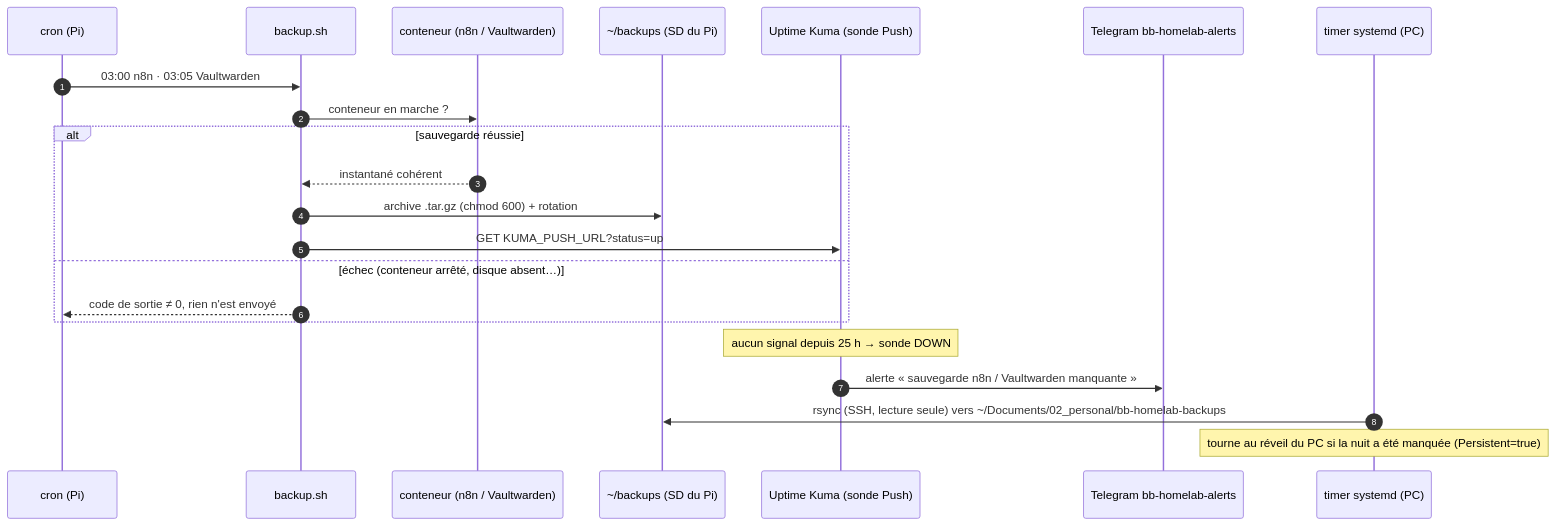
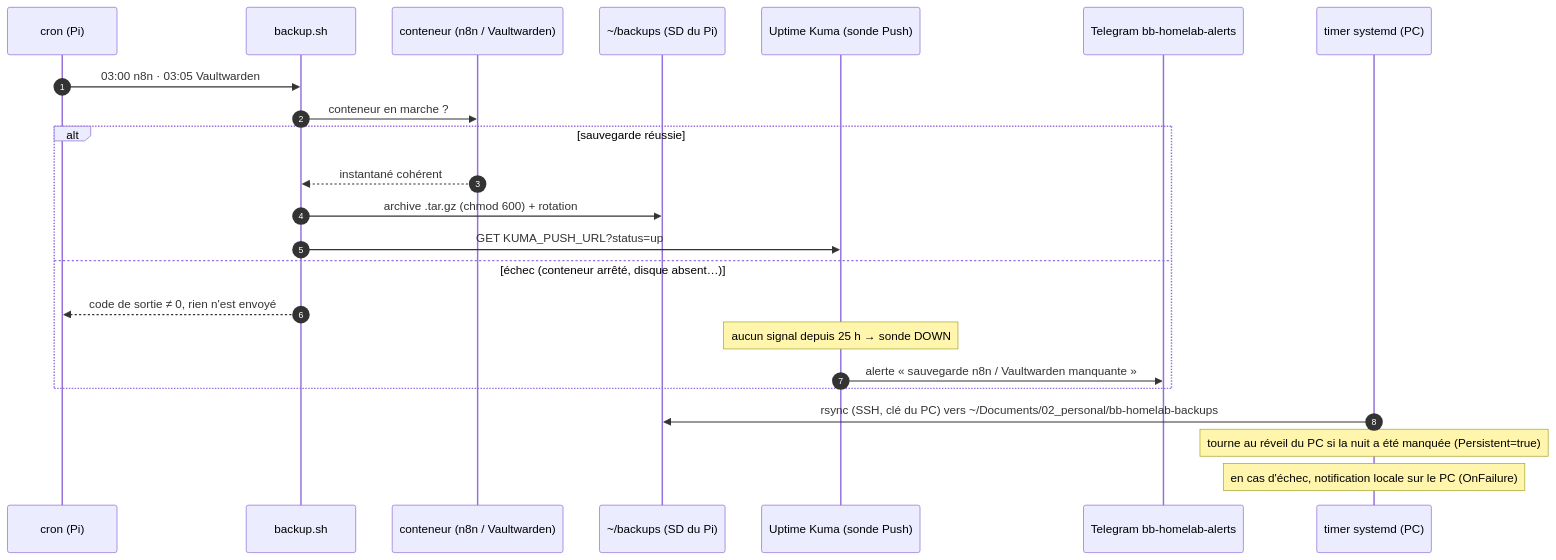
Before and after one commit to benoit-bremaud/bb-homelab: the diagram in docs/architecture/diagrams/backup/01-sequence.md, drawn with Mermaid. The commit also changed other lines of this file and 9 other files, not shown here.

````diff
--- a/docs/architecture/diagrams/backup/01-sequence.md
+++ b/docs/architecture/diagrams/backup/01-sequence.md
@@ -21,25 +21,26 @@
 ```mermaid
 sequenceDiagram
   autonumber
   participant cron as cron (Pi)
   participant bk as backup.sh
   participant ct as conteneur (n8n / Vaultwarden)
   participant sd as ~/backups (SD du Pi)
   participant kuma as Uptime Kuma (sonde Push)
   participant tg as Telegram bb-homelab-alerts
   participant pc as timer systemd (PC)
 
   cron->>bk: 03:00 n8n · 03:05 Vaultwarden
   bk->>ct: conteneur en marche ?
   alt sauvegarde réussie
     ct-->>bk: instantané cohérent
     bk->>sd: archive .tar.gz (chmod 600) + rotation
     bk->>kuma: GET KUMA_PUSH_URL?status=up
   else échec (conteneur arrêté, disque absent…)
     bk-->>cron: code de sortie ≠ 0, rien n'est envoyé
+    Note over kuma: aucun signal depuis 25 h → sonde DOWN
+    kuma->>tg: alerte « sauvegarde n8n / Vaultwarden manquante »
   end
-  Note over kuma: aucun signal depuis 25 h → sonde DOWN
-  kuma->>tg: alerte « sauvegarde n8n / Vaultwarden manquante »
-  pc->>sd: rsync (SSH, lecture seule) vers ~/Documents/02_personal/bb-homelab-backups
+  pc->>sd: rsync (SSH, clé du PC) vers ~/Documents/02_personal/bb-homelab-backups
   Note over pc: tourne au réveil du PC si la nuit a été manquée (Persistent=true)
+  Note over pc: en cas d'échec, notification locale sur le PC (OnFailure)
 ```
````
